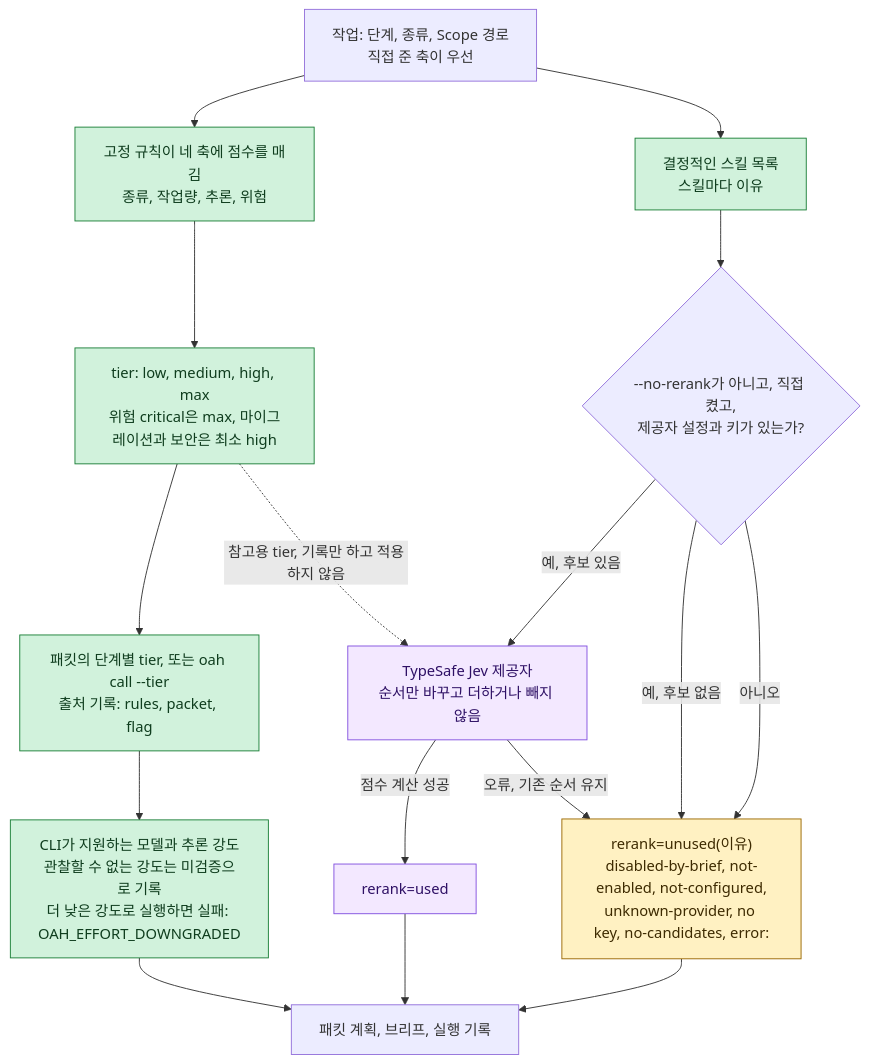
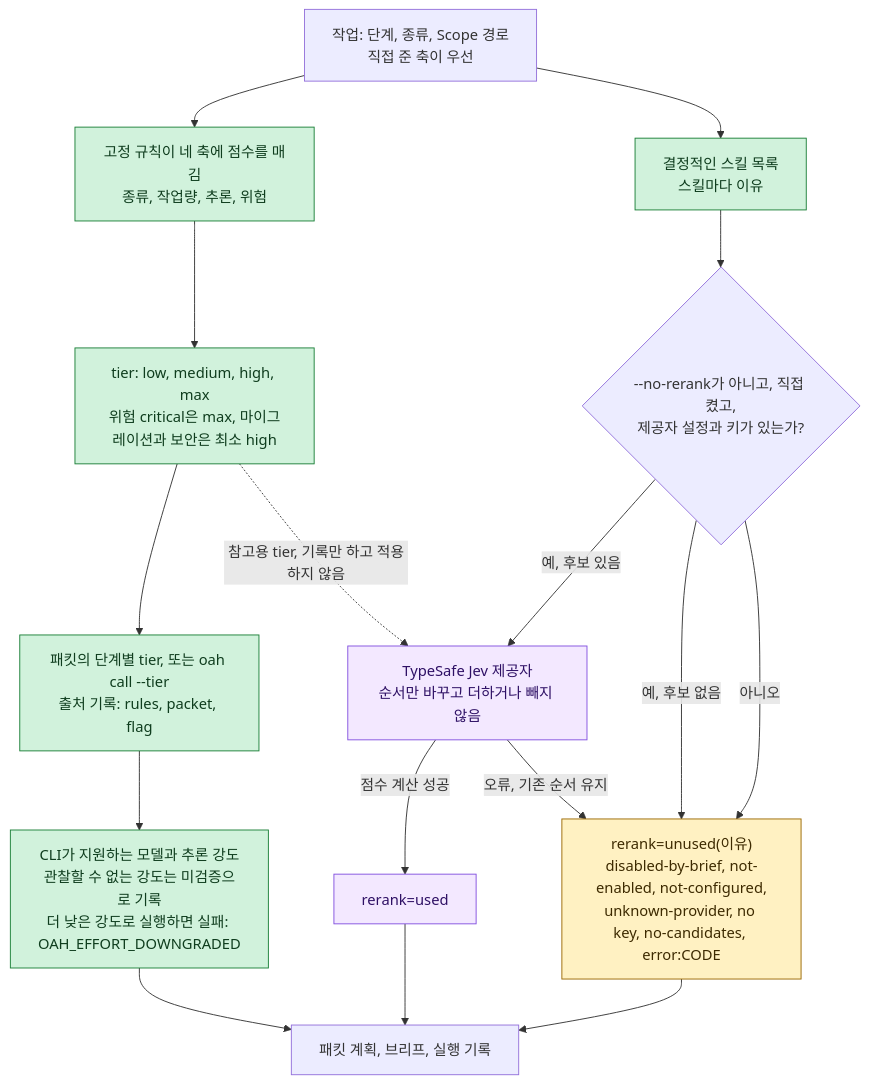
One commit to KenSuh/open-agent-harness changed the third of 6 diagrams in docs/ko/concepts.md. Above: the diagram before and after it, drawn with Mermaid. The commit also changed 1 other file, not shown here.

Commit message:
docs: show the re-ranker error placeholder literally (review R2)
Agent-Engine: codex

````diff
--- a/docs/ko/concepts.md
+++ b/docs/ko/concepts.md
@@ -150,33 +150,33 @@
 ```mermaid
 flowchart TD
     task["작업: 단계, 종류, Scope 경로<br/>직접 준 축이 우선"]
     score["고정 규칙이 네 축에 점수를 매김<br/>종류, 작업량, 추론, 위험"]
     tier["tier: low, medium, high, max<br/>위험 critical은 max, 마이그레이션과 보안은 최소 high"]
     pick["패킷의 단계별 tier, 또는 oah call --tier<br/>출처 기록: rules, packet, flag"]
     model["CLI가 지원하는 모델과 추론 강도<br/>관찰할 수 없는 강도는 미검증으로 기록<br/>더 낮은 강도로 실행하면 실패: OAH_EFFORT_DOWNGRADED"]
     skills["결정적인 스킬 목록<br/>스킬마다 이유"]
     ask{"--no-rerank가 아니고, 직접 켰고,<br/>제공자 설정과 키가 있는가?"}
     jev["TypeSafe Jev 제공자<br/>순서만 바꾸고 더하거나 빼지 않음"]
     used["rerank=used"]
-    unused["rerank=unused(이유)<br/>disabled-by-brief, not-enabled, not-configured,<br/>unknown-provider, no key, no-candidates, error:<code>"]
+    unused["rerank=unused(이유)<br/>disabled-by-brief, not-enabled, not-configured,<br/>unknown-provider, no key, no-candidates, error:CODE"]
     brief["패킷 계획, 브리프, 실행 기록"]
 
     task --> score --> tier --> pick --> model --> brief
     task --> skills
     skills --> ask
     ask -->|"예, 후보 있음"| jev
     ask -->|"예, 후보 없음"| unused
     ask -->|"아니오"| unused
     jev -->|"점수 계산 성공"| used
     jev -->|"오류, 기존 순서 유지"| unused
     used --> brief
     unused --> brief
     tier -.->|"참고용 tier, 기록만 하고 적용하지 않음"| jev
 
     classDef rule fill:#d1f2dc,stroke:#1a7f37,color:#0f3d1e
     classDef ai fill:#f3e8ff,stroke:#8250df,color:#2e1065
     classDef note fill:#fff1c2,stroke:#9a6700,color:#3d2a00
     class score,tier,pick,model,skills rule
     class jev,used ai
     class unused note
 ```
````
